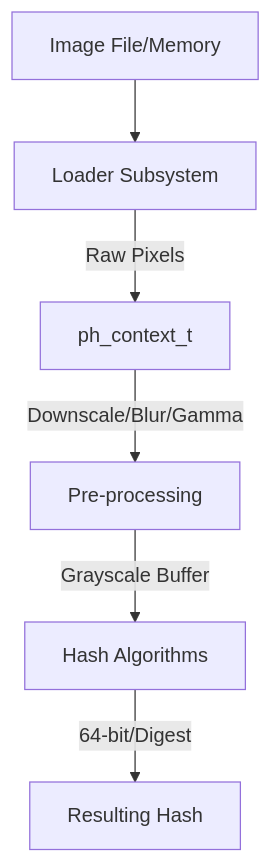
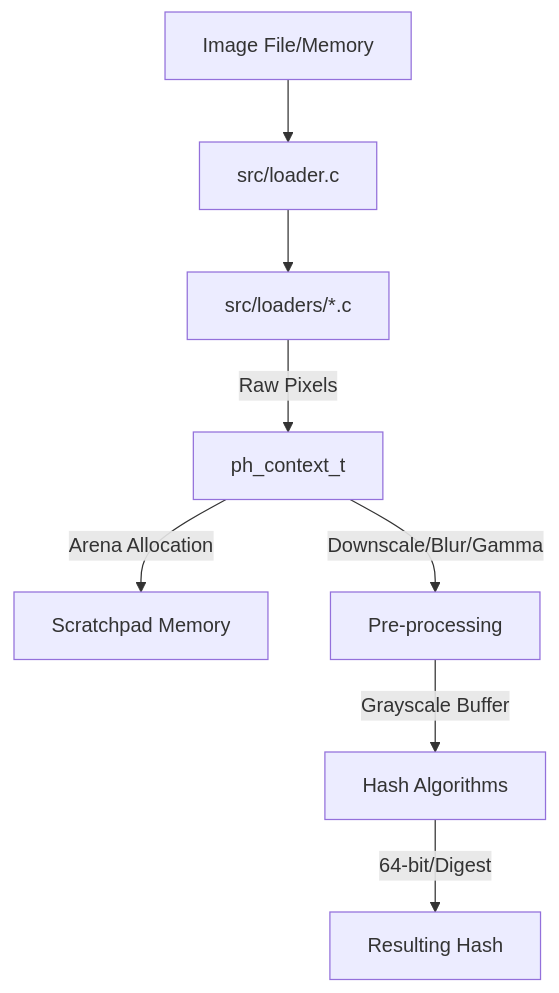
The diagram in docs/architecture.md (gudoshnikovn/libphash), drawn with Mermaid before and after one commit. The commit also changed other lines of this file and 4 other files, not shown here.

````diff
--- a/docs/architecture.md
+++ b/docs/architecture.md
@@ -33,8 +34,10 @@
 ```mermaid
 graph TD
-    File[Image File/Memory] --> Loader[Loader Subsystem]
-    Loader -->|Raw Pixels| Context[ph_context_t]
+    File[Image File/Memory] --> Dispatcher[src/loader.c]
+    Dispatcher --> Backends[src/loaders/*.c]
+    Backends -->|Raw Pixels| Context[ph_context_t]
+    Context -->|Arena Allocation| Scratch[Scratchpad Memory]
     Context -->|Downscale/Blur/Gamma| Preproc[Pre-processing]
     Preproc -->|Grayscale Buffer| Algos[Hash Algorithms]
     Algos -->|64-bit/Digest| Output[Resulting Hash]
 ```
````
